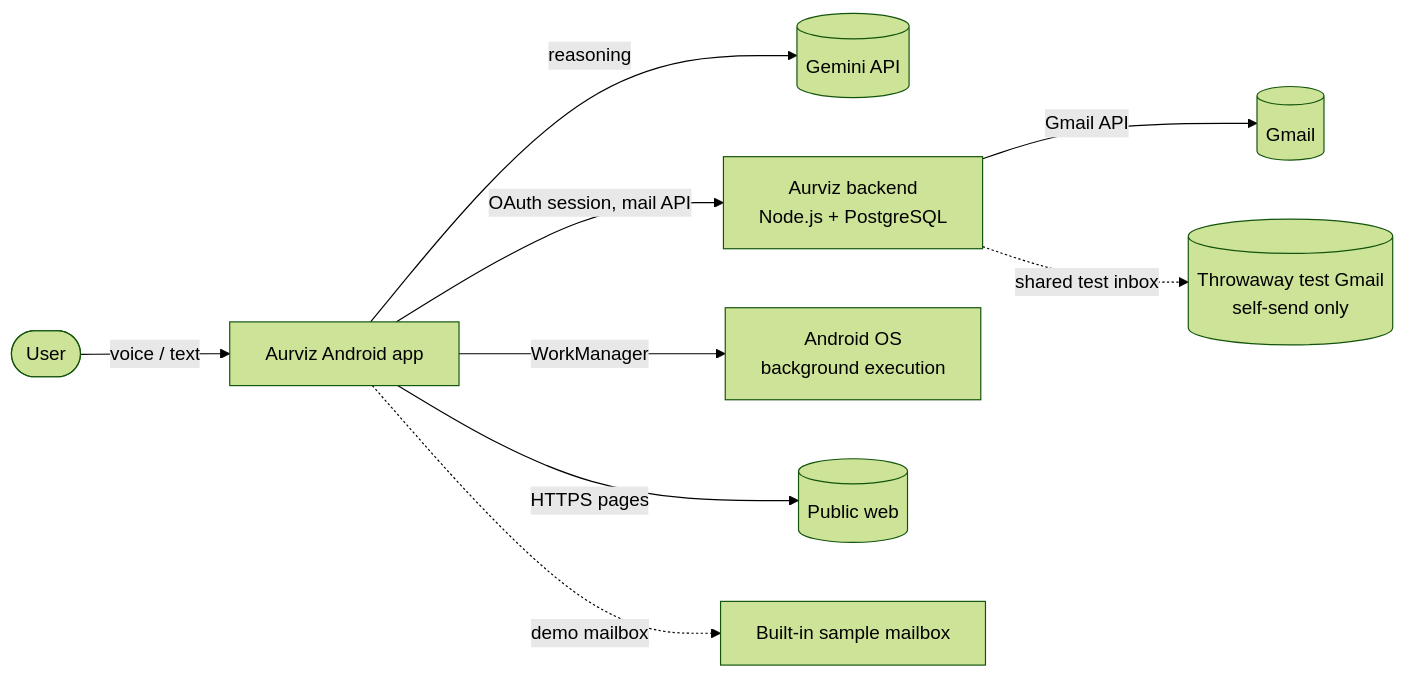
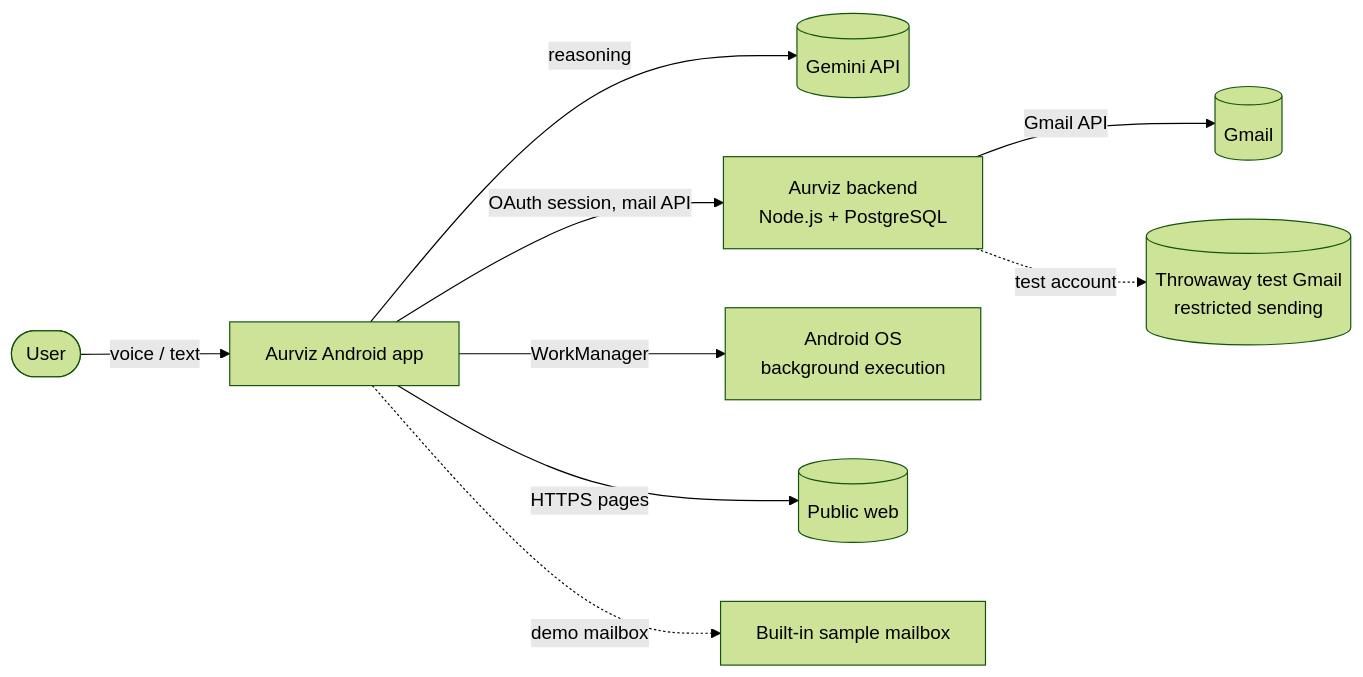
One commit to AdityaKushwaha404/Aurviz_agent changed the first of 7 diagrams in docs/ARCHITECTURE.md. Above: the diagram before and after it, drawn with Mermaid (forest theme). The commit also changed other lines of this file and 37 other files, not shown here.

First line of the commit message:
feat: test Gmail account with credentials and sign-in steps in the app; mailbox order test/own/demo; demo-only viewer

````diff
--- a/docs/ARCHITECTURE.md
+++ b/docs/ARCHITECTURE.md
@@ -7,11 +7,11 @@
 ```mermaid
 flowchart LR
     User([User]) -- voice / text --> App[Aurviz Android app]
     App -- reasoning --> Gemini[(Gemini API)]
     App -- OAuth session, mail API --> Backend[Aurviz backend<br/>Node.js + PostgreSQL]
     Backend -- Gmail API --> Gmail[(Gmail)]
     App -- WorkManager --> OS[Android OS<br/>background execution]
     App -- HTTPS pages --> Web[(Public web)]
     App -. demo mailbox .-> Demo[Built-in sample mailbox]
-    Backend -. shared test inbox .-> Shared[(Throwaway test Gmail<br/>self-send only)]
+    Backend -. test account .-> Shared[(Throwaway test Gmail<br/>restricted sending)]
 ```
````
